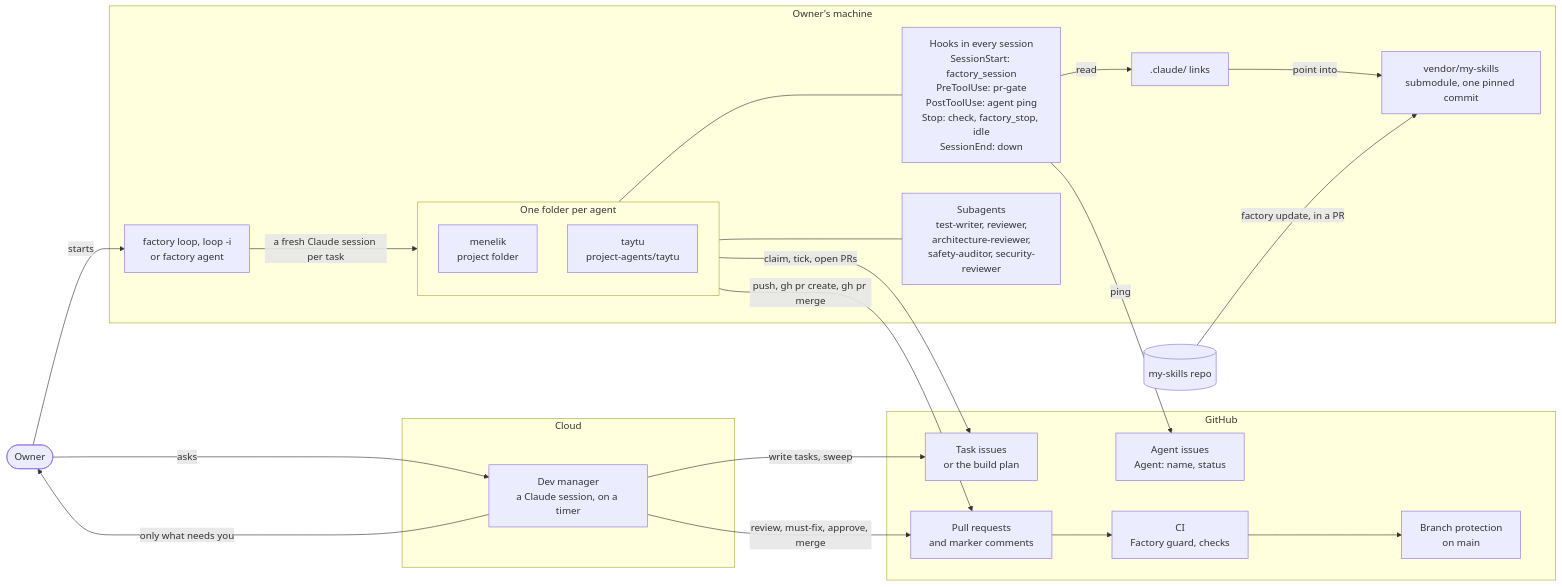
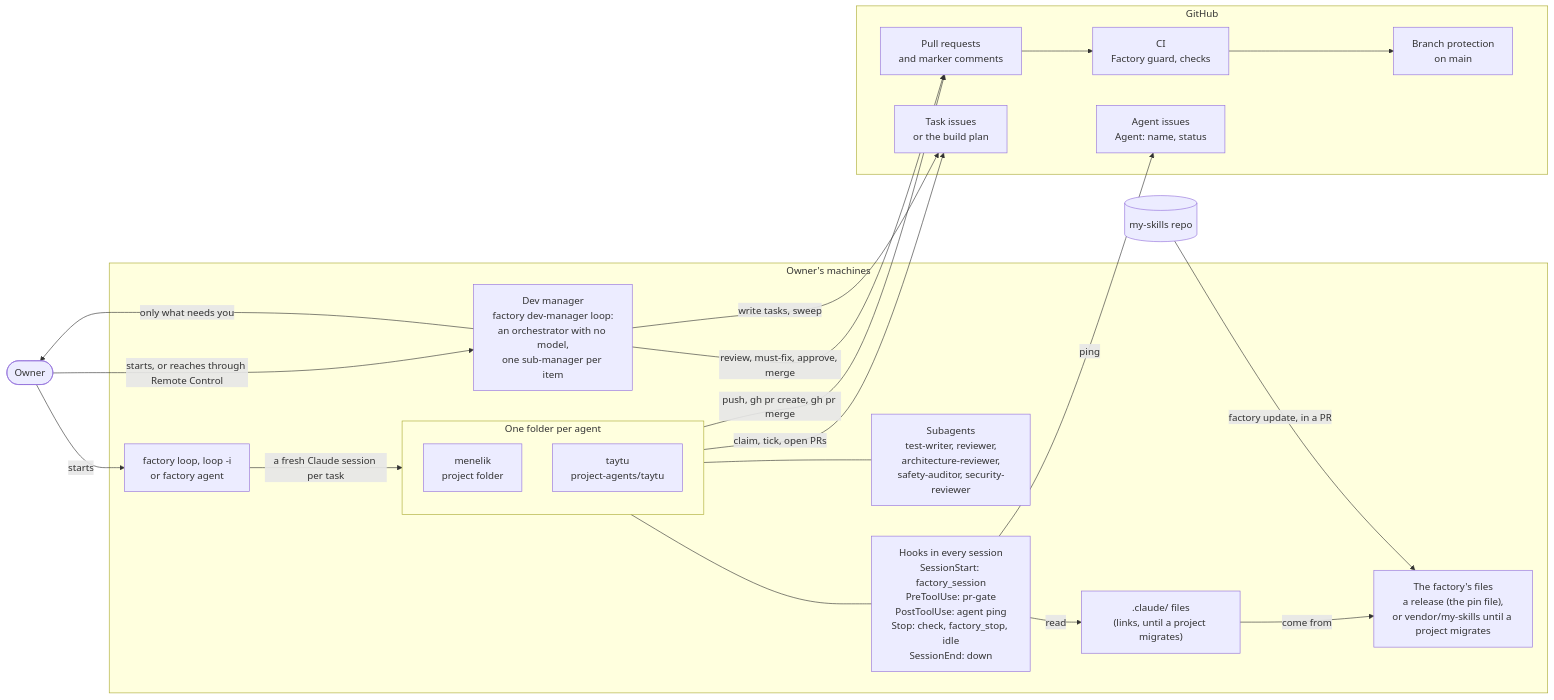
One commit to deresegetachew/my-skills changed the first of 2 diagrams in software-factory/README.md. Above: the diagram before and after it, drawn with Mermaid. The commit also changed other lines of this file and 1 other file, not shown here.

First line of the commit message:
software-factory: refresh the README

````diff
--- a/software-factory/README.md
+++ b/software-factory/README.md
@@ -105,47 +156,44 @@
 ```mermaid
 flowchart LR
     owner(["Owner"])
 
-    subgraph cloud["Cloud"]
-        dm["Dev manager<br/>a Claude session, on a timer"]
-    end
-
-    subgraph machine["Owner's machine"]
+    subgraph machine["Owner's machines"]
+        dm["Dev manager<br/>factory dev-manager loop:<br/>an orchestrator with no model,<br/>one sub-manager per item"]
         loop["factory loop, loop -i<br/>or factory agent"]
         subgraph folders["One folder per agent"]
             a1["menelik<br/>project folder"]
             a2["taytu<br/>project-agents/taytu"]
         end
         hooks["Hooks in every session<br/>SessionStart: factory_session<br/>PreToolUse: pr-gate<br/>PostToolUse: agent ping<br/>Stop: check, factory_stop, idle<br/>SessionEnd: down"]
         subs["Subagents<br/>test-writer, reviewer,<br/>architecture-reviewer,<br/>safety-auditor, security-reviewer"]
-        links[".claude/ links"]
-        vendor["vendor/my-skills<br/>submodule, one pinned commit"]
+        links[".claude/ files<br/>(links, until a project migrates)"]
+        vendor["The factory's files<br/>a release (the pin file),<br/>or vendor/my-skills until a project migrates"]
     end
 
     subgraph github["GitHub"]
         issues["Task issues<br/>or the build plan"]
         agentissues["Agent issues<br/>Agent: name, status"]
         prs["Pull requests<br/>and marker comments"]
         ci["CI<br/>Factory guard, checks"]
         bp["Branch protection<br/>on main"]
     end
 
     myskills[("my-skills repo")]
 
     owner -->|"starts"| loop
-    owner -->|"asks"| dm
+    owner -->|"starts, or reaches through Remote Control"| dm
     loop -->|"a fresh Claude session per task"| folders
     folders --- hooks
     folders --- subs
     hooks -->|"read"| links
-    links -->|"point into"| vendor
+    links -->|"come from"| vendor
     myskills -->|"factory update, in a PR"| vendor
     folders -->|"claim, tick, open PRs"| issues
     hooks -->|"ping"| agentissues
     folders -->|"push, gh pr create, gh pr merge"| prs
     prs --> ci
     ci --> bp
     dm -->|"review, must-fix, approve, merge"| prs
     dm -->|"write tasks, sweep"| issues
     dm -->|"only what needs you"| owner
 ```
````
